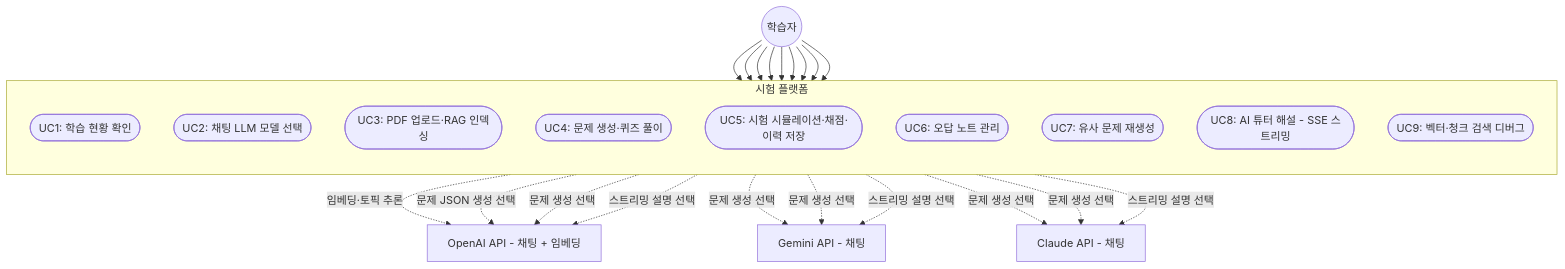
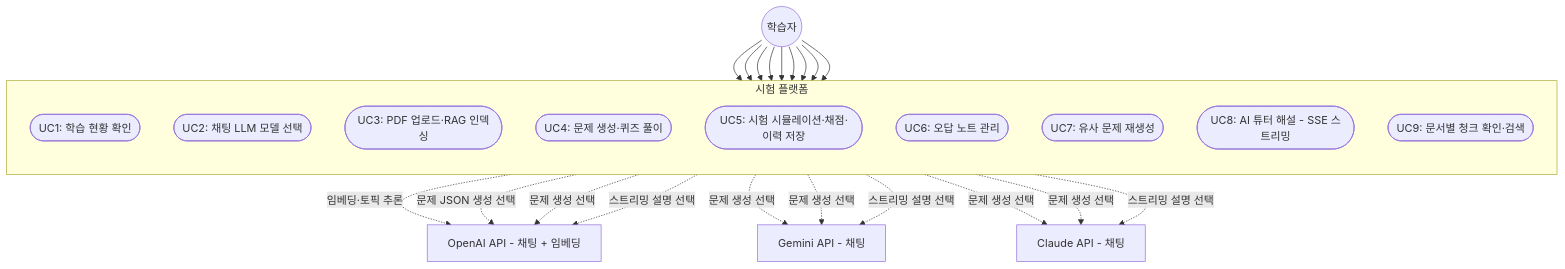
Before and after one commit to yoonJJ/cert-rag-platform: the third of 3 diagrams in README.md, drawn with Mermaid. The commit also changed other lines of this file and 38 other files, not shown here.

````diff
--- a/README.md
+++ b/README.md
@@ -273,41 +293,41 @@
 ```mermaid
 flowchart TB
   learner((학습자))
   openai[OpenAI API - 채팅 + 임베딩]
   gemini[Gemini API - 채팅]
   claude[Claude API - 채팅]
 
   subgraph sys [시험 플랫폼]
     direction TB
     uc1([UC1: 학습 현황 확인])
     uc2([UC2: 채팅 LLM 모델 선택])
     uc3([UC3: PDF 업로드·RAG 인덱싱])
     uc4([UC4: 문제 생성·퀴즈 풀이])
     uc5([UC5: 시험 시뮬레이션·채점·이력 저장])
     uc6([UC6: 오답 노트 관리])
     uc7([UC7: 유사 문제 재생성])
     uc8([UC8: AI 튜터 해설 - SSE 스트리밍])
-    uc9([UC9: 벡터·청크 검색 디버그])
+    uc9([UC9: 문서별 청크 확인·검색])
   end
 
   learner --> uc1
   learner --> uc2
   learner --> uc3
   learner --> uc4
   learner --> uc5
   learner --> uc6
   learner --> uc7
   learner --> uc8
   learner --> uc9
 
   uc3 -.->|임베딩·토픽 추론| openai
   uc4 -.->|문제 JSON 생성 선택| openai
   uc7 -.->|문제 생성 선택| openai
   uc8 -.->|스트리밍 설명 선택| openai
   uc4 -.->|문제 생성 선택| gemini
   uc7 -.->|문제 생성 선택| gemini
   uc8 -.->|스트리밍 설명 선택| gemini
   uc4 -.->|문제 생성 선택| claude
   uc7 -.->|문제 생성 선택| claude
   uc8 -.->|스트리밍 설명 선택| claude
 ```
````
